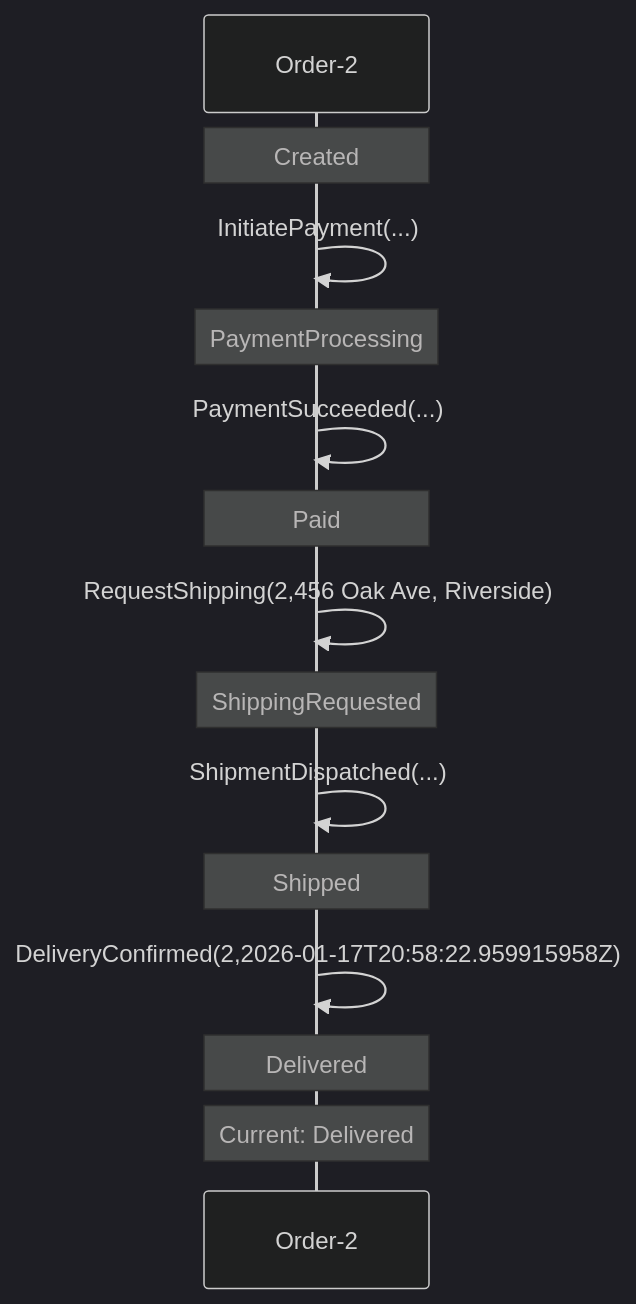
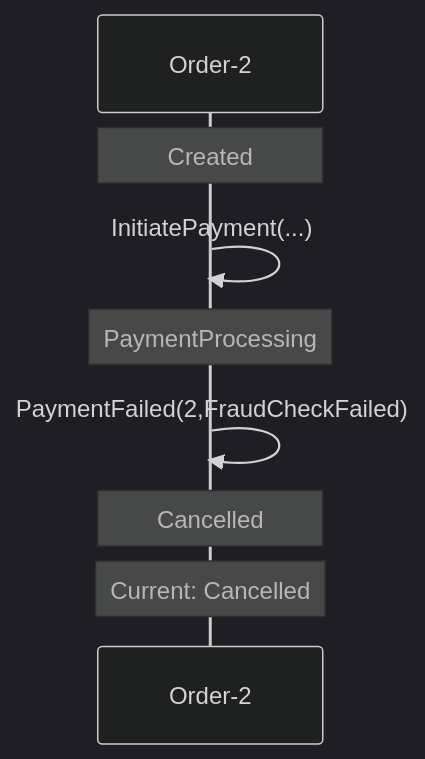
Before and after one commit to Iterable/mechanoid: the first of 2 diagrams in docs/visualizations/order-2-trace.md, drawn with Mermaid (dark theme). The commit also changed other lines of this file and 11 other files, not shown here.

````diff
--- a/docs/visualizations/order-2-trace.md
+++ b/docs/visualizations/order-2-trace.md
@@ -7,17 +7,11 @@
 ```mermaid
 sequenceDiagram
     participant FSM as Order-2
     Note over FSM: Created
     FSM->>FSM: InitiatePayment(...)
     Note over FSM: PaymentProcessing
-    FSM->>FSM: PaymentSucceeded(...)
-    Note over FSM: Paid
-    FSM->>FSM: RequestShipping(2,456 Oak Ave, Riverside)
-    Note over FSM: ShippingRequested
-    FSM->>FSM: ShipmentDispatched(...)
-    Note over FSM: Shipped
-    FSM->>FSM: DeliveryConfirmed(2,2026-01-17T20:58:22.959915958Z)
-    Note over FSM: Delivered
-    Note over FSM: Current: Delivered
+    FSM->>FSM: PaymentFailed(2,FraudCheckFailed)
+    Note over FSM: Cancelled
+    Note over FSM: Current: Cancelled
 
 ```
````
